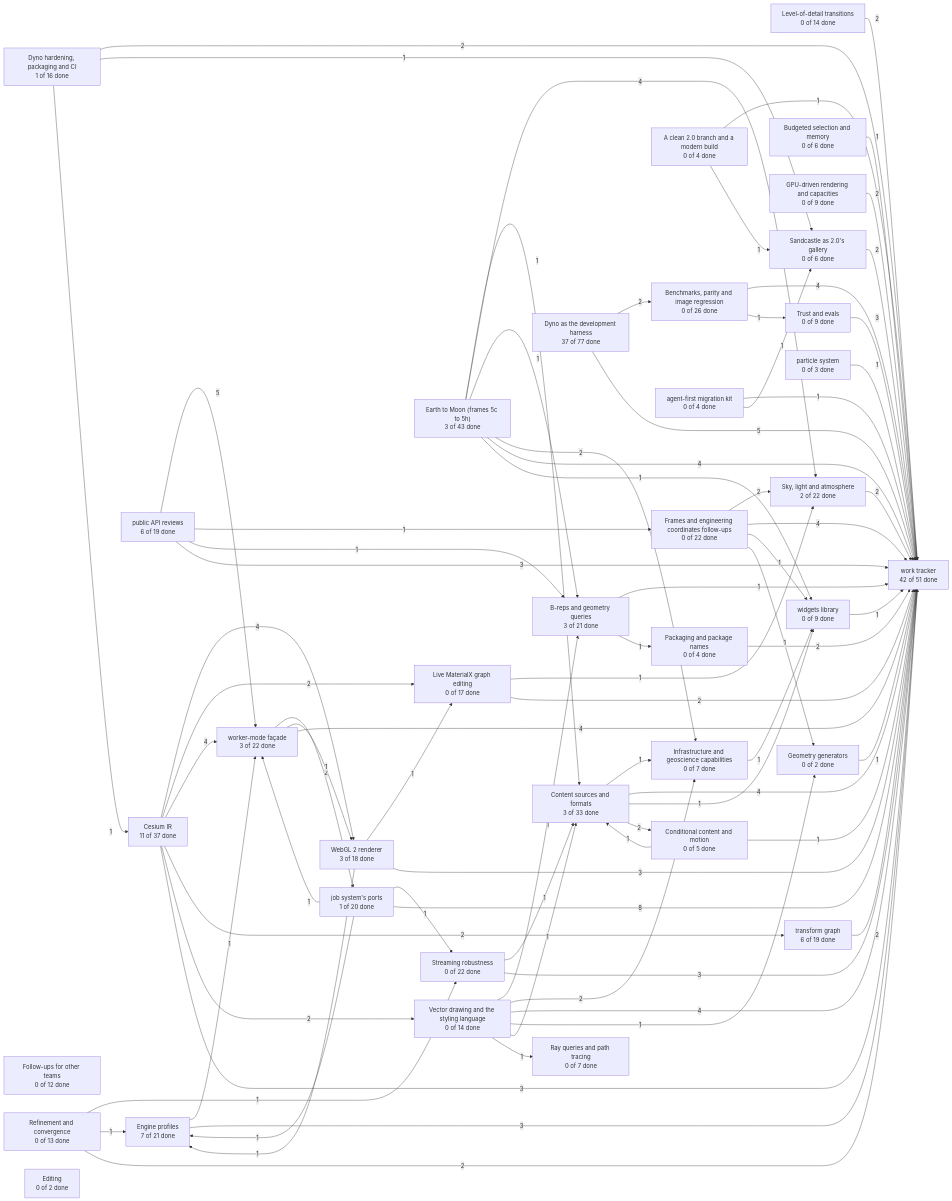
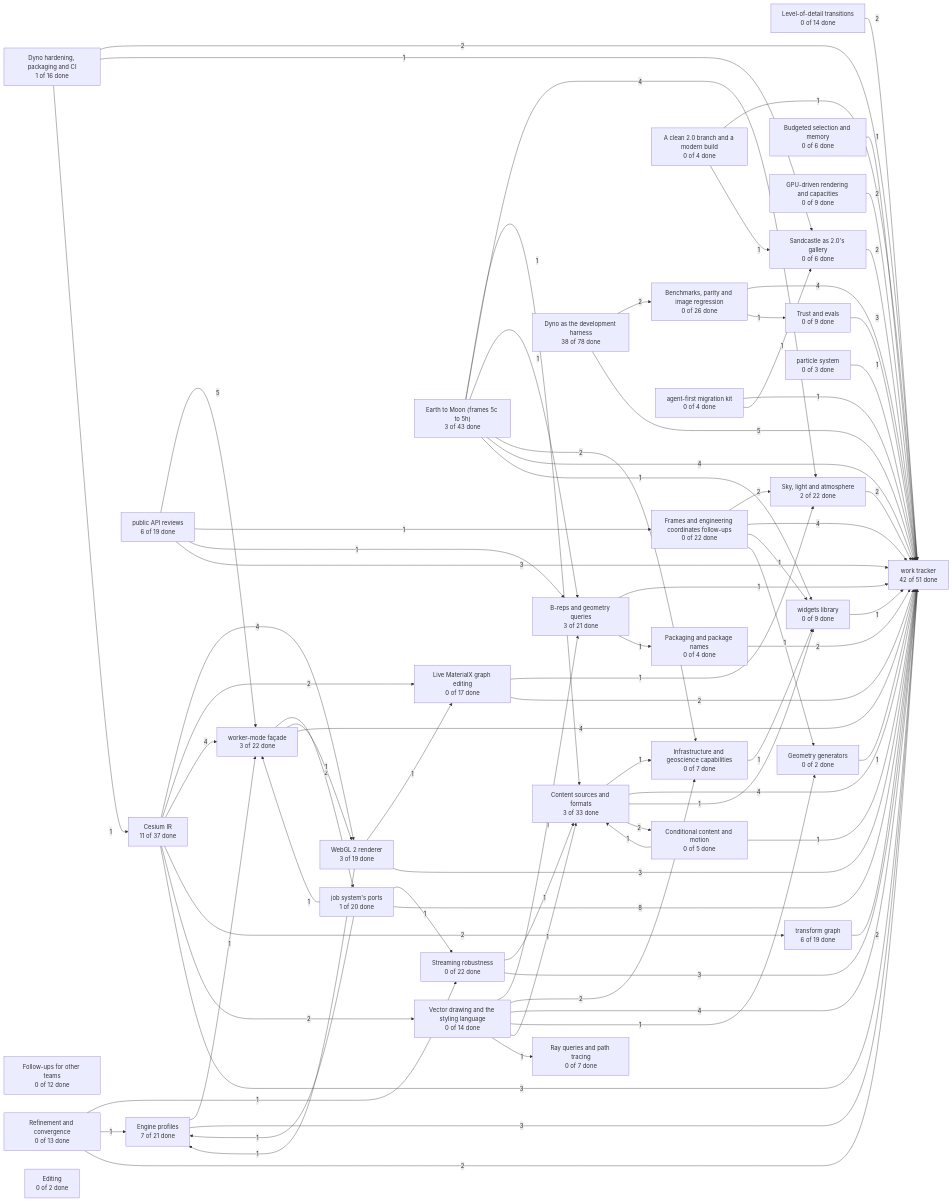
Before and after one commit to CesiumGS/cesium: the diagram in packages/next/work/views/projects-graph.md, drawn with Mermaid. The commit also changed 8 other files, not shown here.

````diff
--- a/packages/next/work/views/projects-graph.md
+++ b/packages/next/work/views/projects-graph.md
@@ -5,7 +5,7 @@
 ```mermaid
 graph LR
   CS_8["Engine profiles<br/>7 of 21 done"]
-  CS_9["WebGL 2 renderer<br/>3 of 18 done"]
+  CS_9["WebGL 2 renderer<br/>3 of 19 done"]
   CS_10["Cesium IR<br/>11 of 37 done"]
   CS_11["Live MaterialX graph editing<br/>0 of 17 done"]
   CS_12["job system's ports<br/>1 of 20 done"]
@@ -28,7 +28,7 @@
   CS_197["Ray queries and path tracing<br/>0 of 7 done"]
   CS_198["GPU-driven rendering and capacities<br/>0 of 9 done"]
   CS_199["Dyno hardening, packaging and CI<br/>1 of 16 done"]
-  CS_389["Dyno as the development harness<br/>37 of 77 done"]
+  CS_389["Dyno as the development harness<br/>38 of 78 done"]
   CS_437["public API reviews<br/>6 of 19 done"]
   CS_579["Editing<br/>0 of 2 done"]
   CS_584["widgets library<br/>0 of 9 done"]
````
